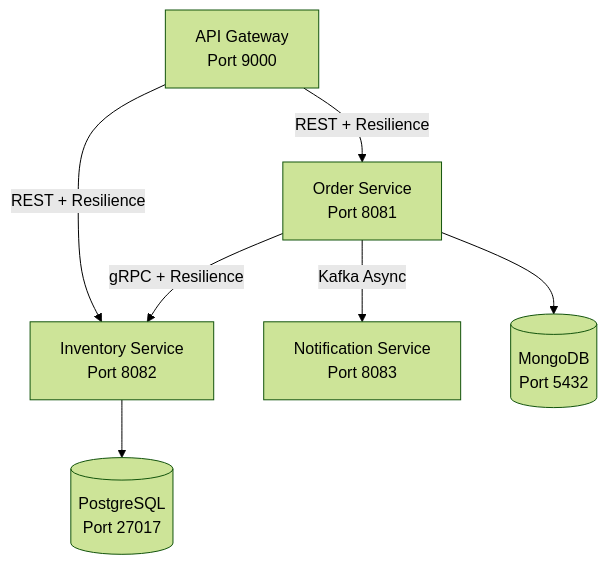
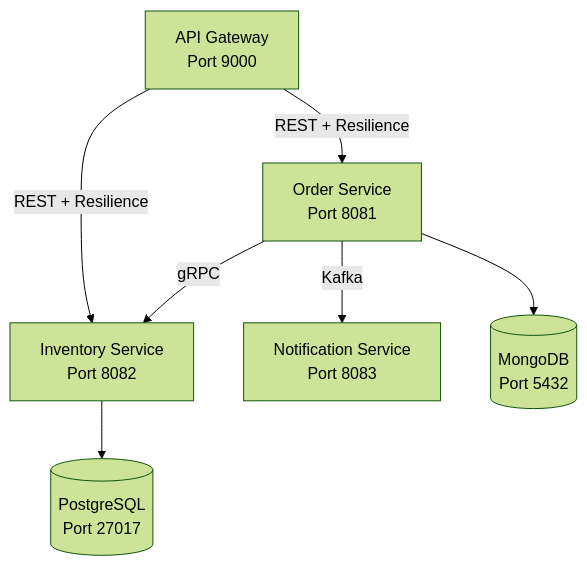
The diagram in lab4/readme.md (zeli8888/COMP41720-Distributed-Systems), drawn with Mermaid (forest theme) before and after one commit. The commit also changed 1 other file, not shown here.

Commit message:
fix resilience

````diff
--- a/lab4/readme.md
+++ b/lab4/readme.md
@@ -5,10 +5,10 @@
 ```mermaid
 graph TB
     AG[API Gateway<br/>Port 9000] -->|REST + Resilience| OS[Order Service<br/>Port 8081]
     AG[API Gateway<br/>Port 9000] -->|REST + Resilience| IS[Inventory Service<br/>Port 8082]
-    OS -->|gRPC + Resilience| IS[Inventory Service<br/>Port 8082]
-    OS -->|Kafka Async| NS[Notification Service<br/>Port 8083]
+    OS -->|gRPC| IS[Inventory Service<br/>Port 8082]
+    OS -->|Kafka| NS[Notification Service<br/>Port 8083]
     
     OS --> MD[(MongoDB<br/>Port 5432)]
     IS --> PD[(PostgreSQL<br/>Port 27017)]
 ```
````
